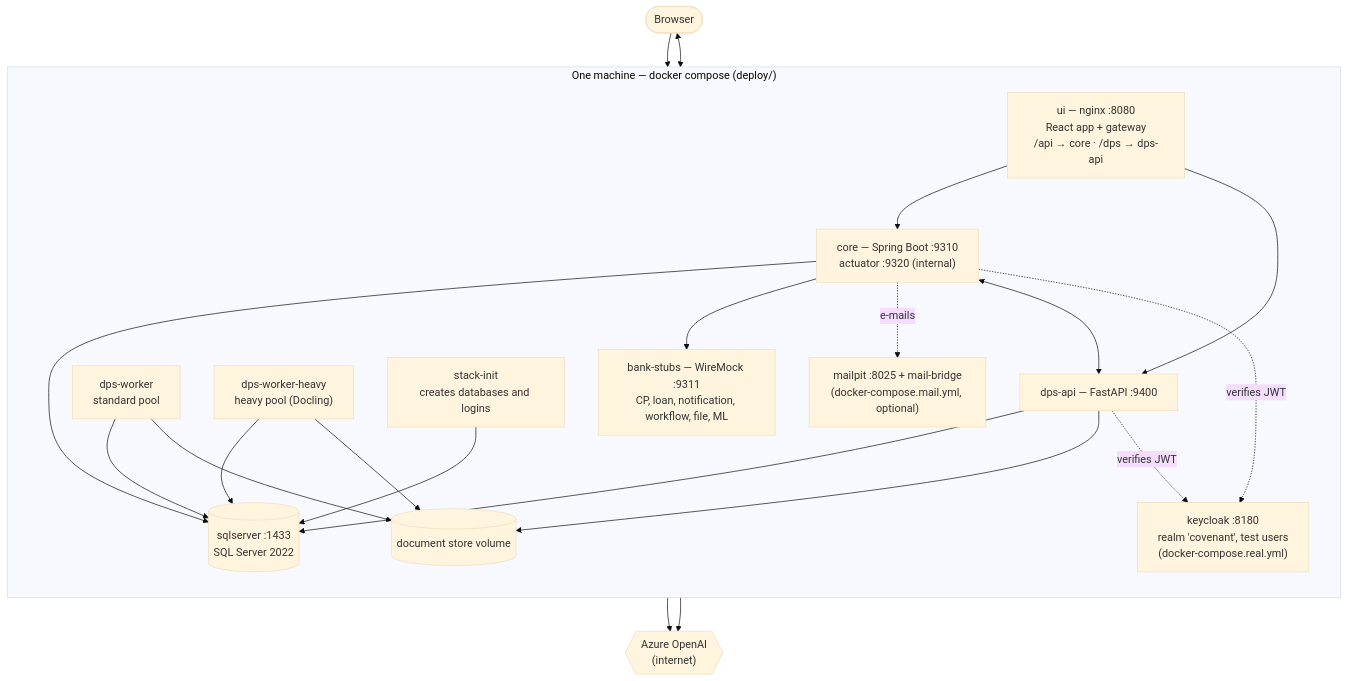
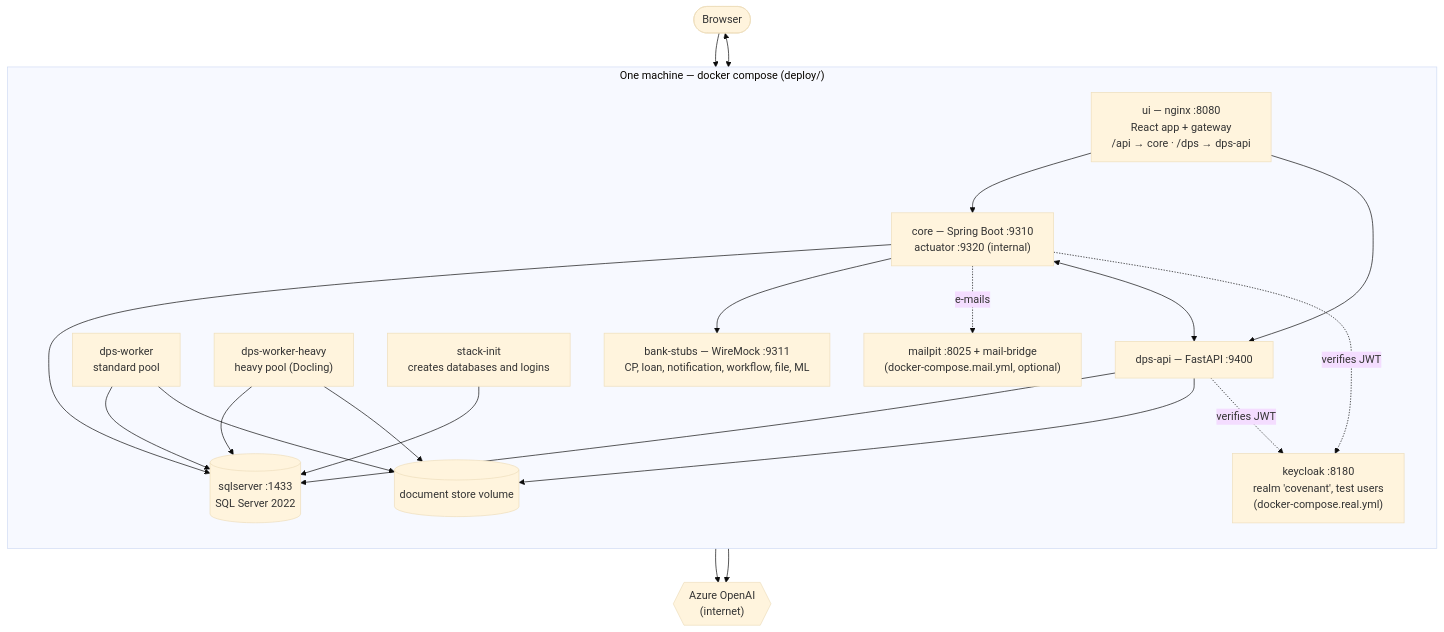
One commit to Vishwas2311/loan-covenant-platform changed the first of 9 diagrams in docs/architecture/covenant-platform.md. Above: the diagram before and after it, drawn with Mermaid (base theme). The commit also changed other lines of this file and 3 other files, not shown here.

First line of the commit message:
Architecture diagrams: readable layouts and full titles

````diff
--- a/docs/architecture/covenant-platform.md
+++ b/docs/architecture/covenant-platform.md
@@ -29,41 +29,42 @@
 ```mermaid
+%%{init: {"flowchart": {"wrappingWidth": 420}}}%%
 flowchart TB
     browser(["Browser"])
 
-    subgraph host["One machine — docker compose (deploy/)"]
+    subgraph host["One machine — docker compose (deploy/)"]
         direction TB
         ui["ui — nginx :8080<br/>React app + gateway<br/>/api → core · /dps → dps-api"]
         kc["keycloak :8180<br/>realm 'covenant', test users<br/>(docker-compose.real.yml)"]
         core["core — Spring Boot :9310<br/>actuator :9320 (internal)"]
         dpsapi["dps-api — FastAPI :9400"]
         w1["dps-worker<br/>standard pool"]
         w2["dps-worker-heavy<br/>heavy pool (Docling)"]
         sql[("sqlserver :1433<br/>SQL Server 2022")]
         init["stack-init<br/>creates databases and logins"]
         stubs["bank-stubs — WireMock :9311<br/>CP, loan, notification, workflow, file, ML"]
         vol[("document store volume")]
         mp["mailpit :8025 + mail-bridge<br/>(docker-compose.mail.yml, optional)"]
     end
 
     aoai{{"Azure OpenAI<br/>(internet)"}}
 
     browser --> ui
     browser <--> kc
     ui --> core
     ui --> dpsapi
     core --> sql
     dpsapi --> sql
     w1 --> sql
     w2 --> sql
     dpsapi --> vol
     w1 --> vol
     w2 --> vol
     init --> sql
     core --> stubs
     core -. e-mails .-> mp
     core <--> dpsapi
     dpsapi --> aoai
     w1 --> aoai
     core -. verifies JWT .-> kc
     dpsapi -. verifies JWT .-> kc
 ```
````
